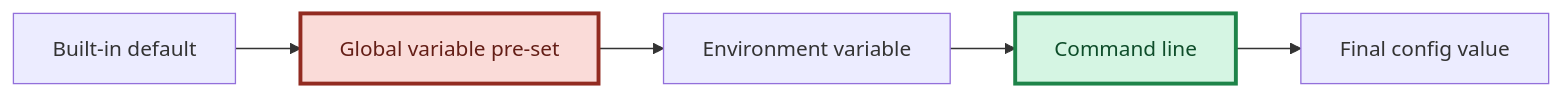
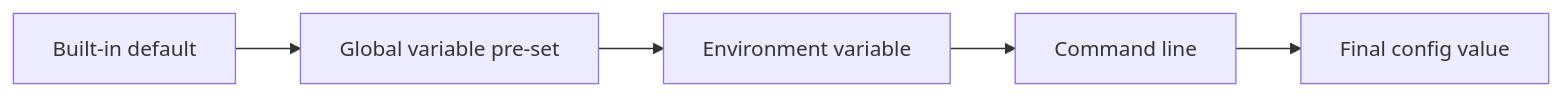
One commit to PassByYou888/LingoFuse changed diagram 15 of 24 in Py/lingofuse/Bridge_User_Guide.md. Above: the diagram before and after it, drawn with Mermaid. The commit also changed other lines of this file and 78 other files, not shown here.

````diff
--- a/Py/lingofuse/Bridge_User_Guide.md
+++ b/Py/lingofuse/Bridge_User_Guide.md
@@ -871,10 +813,7 @@
 ```mermaid
 flowchart LR
     Low["Built-in default"] --> GV["Global variable pre-set"]
     GV --> Mid["Environment variable"]
     Mid --> High["Command line"]
     High --> Final["Final config value"]
-
-    style High fill:#D5F5E3,stroke:#1E8449,stroke-width:3px,color:#0E4D2A
-    style GV fill:#FADBD8,stroke:#922B21,stroke-width:3px,color:#641E16
 ```
````
